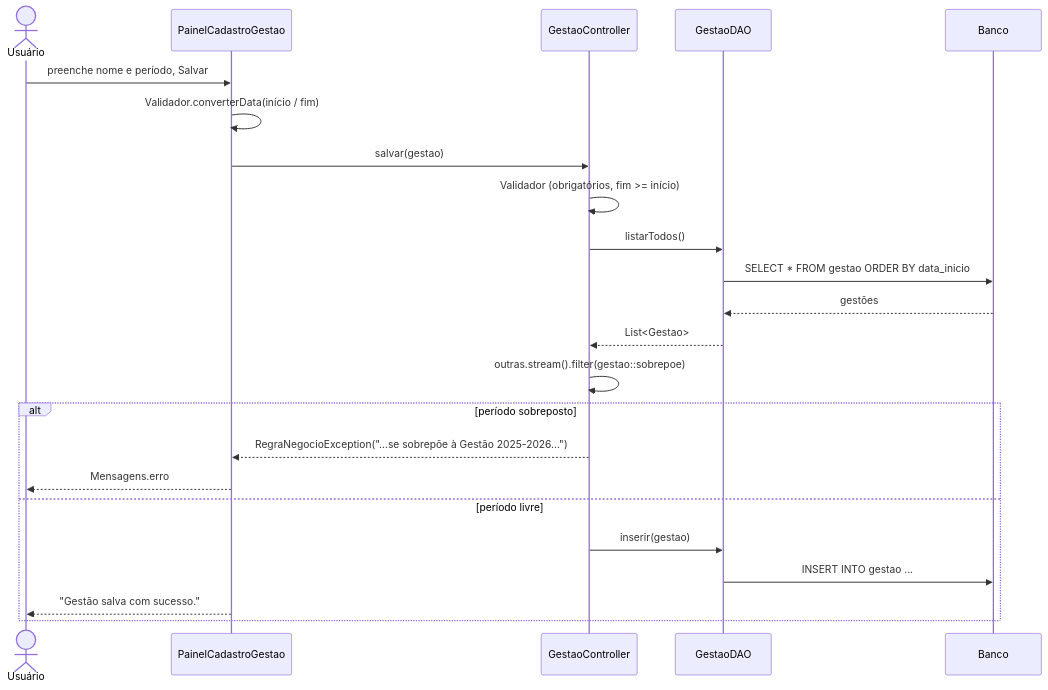
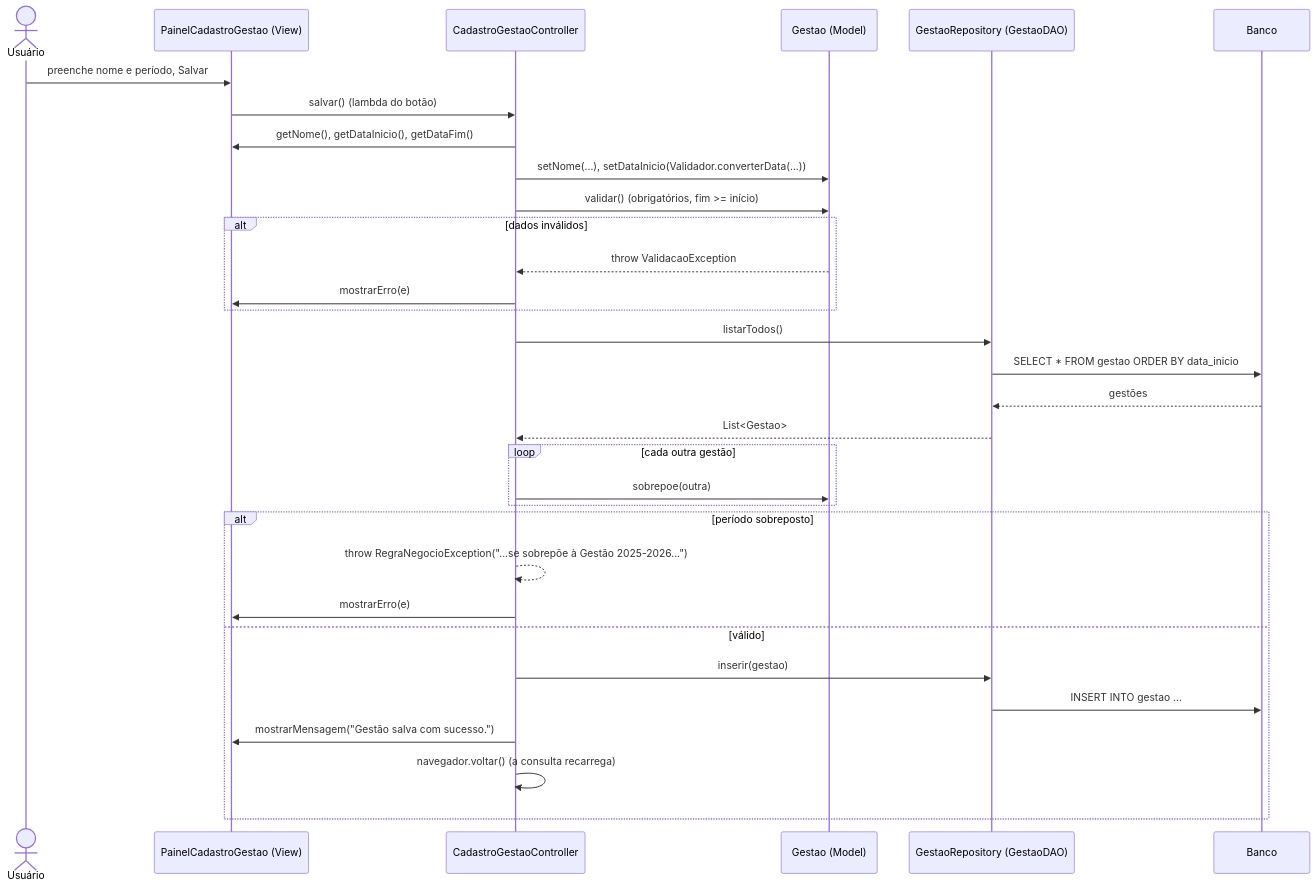
One commit to mheloisawitt/Athletiza changed the fourth of 13 diagrams in docs/diagramas/sequencia.md. Above: the diagram before and after it, drawn with Mermaid. The commit also changed other lines of this file and 196 other files, not shown here.

````diff
--- a/docs/diagramas/sequencia.md
+++ b/docs/diagramas/sequencia.md
@@ -122,26 +136,35 @@
 ```mermaid
 sequenceDiagram
     actor U as Usuário
-    participant V as PainelCadastroGestao
-    participant C as GestaoController
-    participant D as GestaoDAO
+    participant V as PainelCadastroGestao (View)
+    participant C as CadastroGestaoController
+    participant M as Gestao (Model)
+    participant R as GestaoRepository (GestaoDAO)
     participant B as Banco
 
     U->>V: preenche nome e período, Salvar
-    V->>V: Validador.converterData(início / fim)
-    V->>C: salvar(gestao)
-    C->>C: Validador (obrigatórios, fim >= início)
-    C->>D: listarTodos()
-    D->>B: SELECT * FROM gestao ORDER BY data_inicio
-    B-->>D: gestões
-    D-->>C: List<Gestao>
-    C->>C: outras.stream().filter(gestao::sobrepoe)
+    V->>C: salvar() (lambda do botão)
+    C->>V: getNome(), getDataInicio(), getDataFim()
+    C->>M: setNome(...), setDataInicio(Validador.converterData(...))
+    C->>M: validar() (obrigatórios, fim >= início)
+    alt dados inválidos
+        M-->>C: throw ValidacaoException
+        C->>V: mostrarErro(e)
+    end
+    C->>R: listarTodos()
+    R->>B: SELECT * FROM gestao ORDER BY data_inicio
+    B-->>R: gestões
+    R-->>C: List<Gestao>
+    loop cada outra gestão
+        C->>M: sobrepoe(outra)
+    end
     alt período sobreposto
-        C-->>V: RegraNegocioException("...se sobrepõe à Gestão 2025-2026...")
-        V-->>U: Mensagens.erro
-    else período livre
-        C->>D: inserir(gestao)
-        D->>B: INSERT INTO gestao ...
-        V-->>U: "Gestão salva com sucesso."
+        C-->>C: throw RegraNegocioException("...se sobrepõe à Gestão 2025-2026...")
+        C->>V: mostrarErro(e)
+    else válido
+        C->>R: inserir(gestao)
+        R->>B: INSERT INTO gestao ...
+        C->>V: mostrarMensagem("Gestão salva com sucesso.")
+        C->>C: navegador.voltar() (a consulta recarrega)
     end
 ```
````
